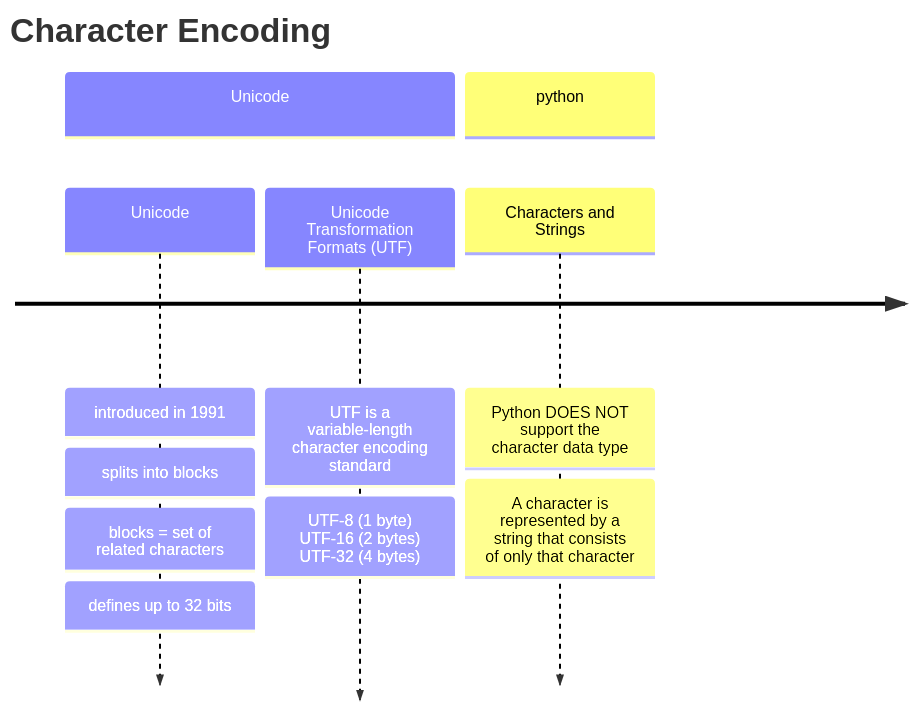
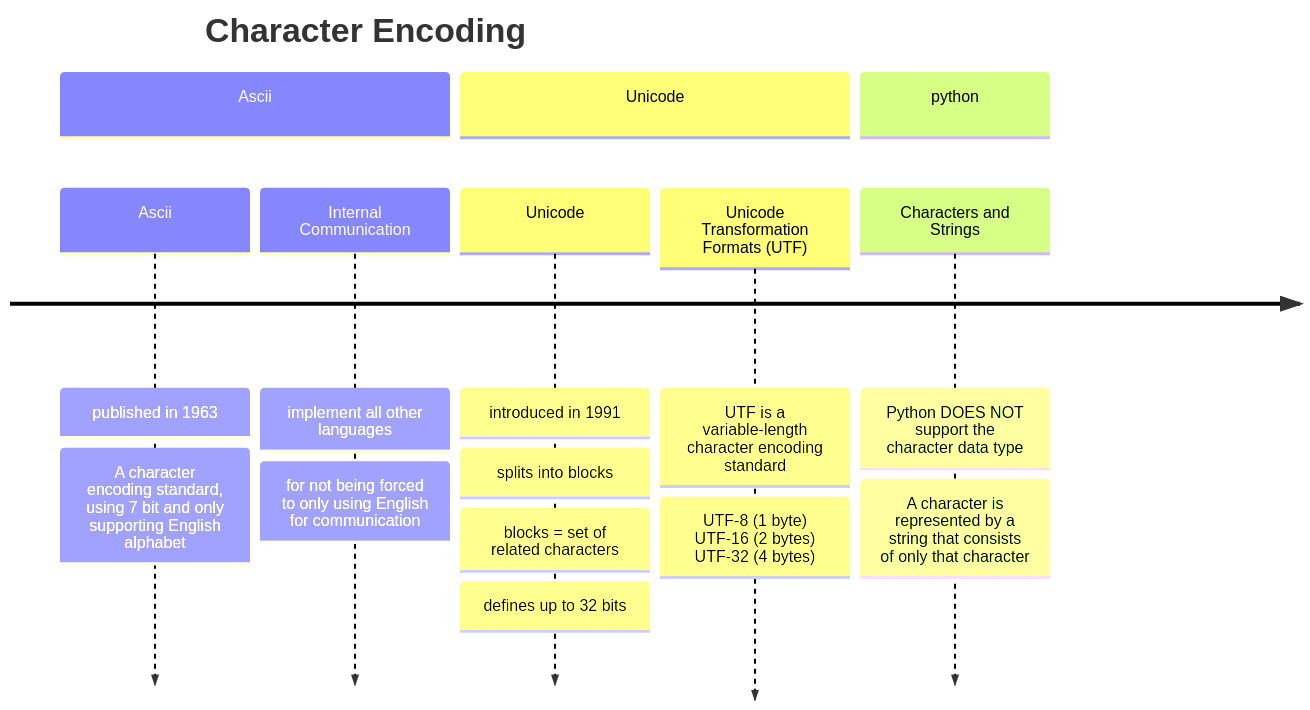
One commit to Marius-PA/ComputerScienceNotes changed the second of 2 diagrams in 2023_Notes/week06-12_november/ascii_and_unicode.md. Above: the diagram before and after it, drawn with Mermaid.

````diff
--- a/2023_Notes/week06-12_november/ascii_and_unicode.md
+++ b/2023_Notes/week06-12_november/ascii_and_unicode.md
@@ -69,12 +69,13 @@
 ```mermaid
 timeline
     title Character Encoding
-        Ascii : published in 1963 : A character encoding standard, using 7 bit and only supporting English alphabet
-        Internal Communication: implement all other languages : for not being forced to only using English for communication
+            section Ascii
+                Ascii : published in 1963 : A character encoding standard, using 7 bit and only supporting English alphabet
+                Internal Communication: implement all other languages : for not being forced to only using English for communication
             section Unicode
                 Unicode : introduced in 1991 : splits into blocks : blocks = set of related characters : defines up to 32 bits
                 Unicode Transformation Formats (UTF) : UTF is a variable-length character encoding standard : UTF-8 (1 byte) <br> UTF-16 (2 bytes) <br> UTF-32 (4 bytes)
             section python
                 Characters and Strings : Python DOES NOT support the character data type : A character is represented by a string that consists of only that character
 
 ```
````
